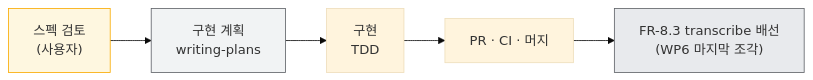
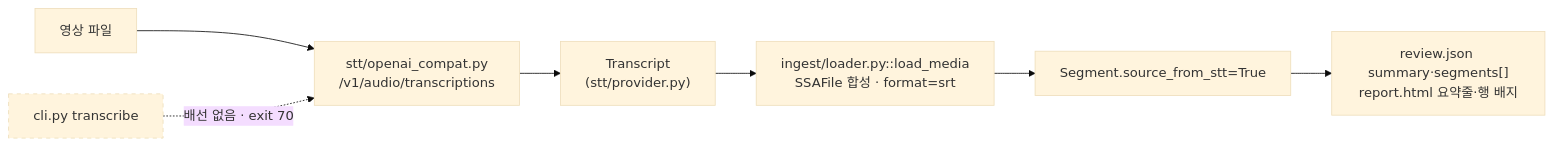
The diagram in HANDOFF.md (withwooyong/cuesift), drawn with Mermaid (base theme) before and after one commit. The commit also changed other lines of this file and 1 other file, not shown here.

````diff
--- a/HANDOFF.md
+++ b/HANDOFF.md
@@ -116,10 +57,10 @@
 ```mermaid
 flowchart LR
-    A["스펙 검토<br/>(사용자)"] --> B["구현 계획<br/>writing-plans"]
-    B --> C["구현<br/>TDD"]
-    C --> D["PR · CI · 머지"]
-    D --> E["FR-8.3 transcribe 배선<br/>(WP6 마지막 조각)"]
-    style A fill:#fef7e0,stroke:#f9ab00
-    style B fill:#f1f3f4,stroke:#5f6368
-    style E fill:#e8eaed,stroke:#5f6368
+  A[영상 파일] --> B["stt/openai_compat.py<br/>/v1/audio/transcriptions"]
+  B --> C["Transcript<br/>(stt/provider.py)"]
+  C --> D["ingest/loader.py::load_media<br/>SSAFile 합성 · format=srt"]
+  D --> E["Segment.source_from_stt=True"]
+  E --> F["review.json summary·segments[]<br/>report.html 요약줄·행 배지"]
+  G["cli.py transcribe"] -. "배선 없음 · exit 70" .-> B
+  style G stroke-dasharray: 5 5
 ```
````
